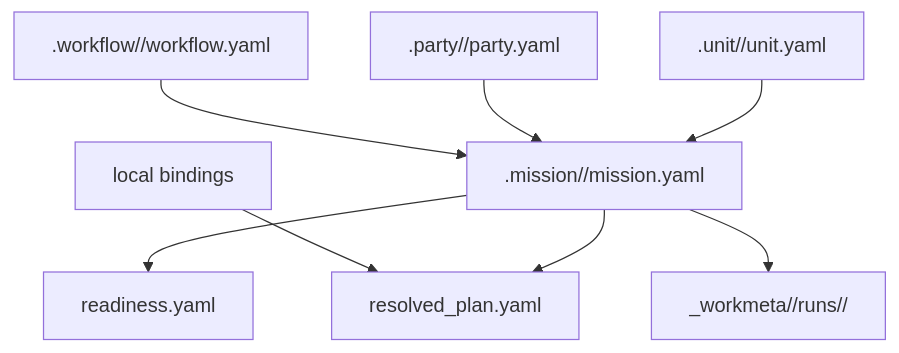
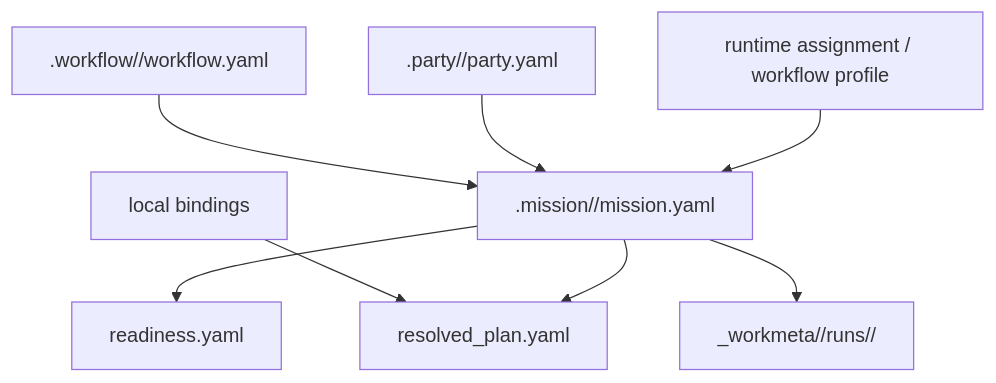
The first of 2 diagrams in docs/architecture/workspace/MISSION_MODEL.md (SungYongMOON/soulforge), drawn with Mermaid before and after one commit. The commit also changed other lines of this file and 91 other files, not shown here.

````diff
--- a/docs/architecture/workspace/MISSION_MODEL.md
+++ b/docs/architecture/workspace/MISSION_MODEL.md
@@ -10,10 +10,10 @@
 ```mermaid
 flowchart TD
   WF[".workflow/<workflow_id>/workflow.yaml"] --> MI[".mission/<mission_id>/mission.yaml"]
   PT[".party/<party_id>/party.yaml"] --> MI
-  U[".unit/<unit_id>/unit.yaml"] --> MI
+  U["runtime assignment / workflow profile"] --> MI
   B["local bindings"] --> RP["resolved_plan.yaml"]
   MI --> RD["readiness.yaml"]
   MI --> RP
   MI --> WS["_workmeta/<project_code>/runs/<run_id>/"]
 ```
````
